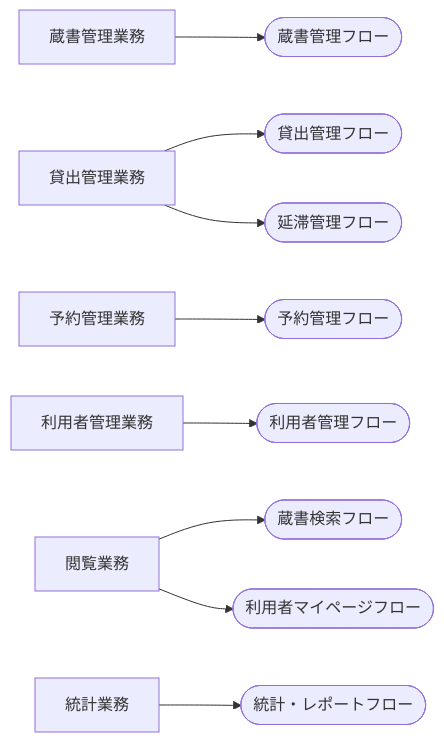
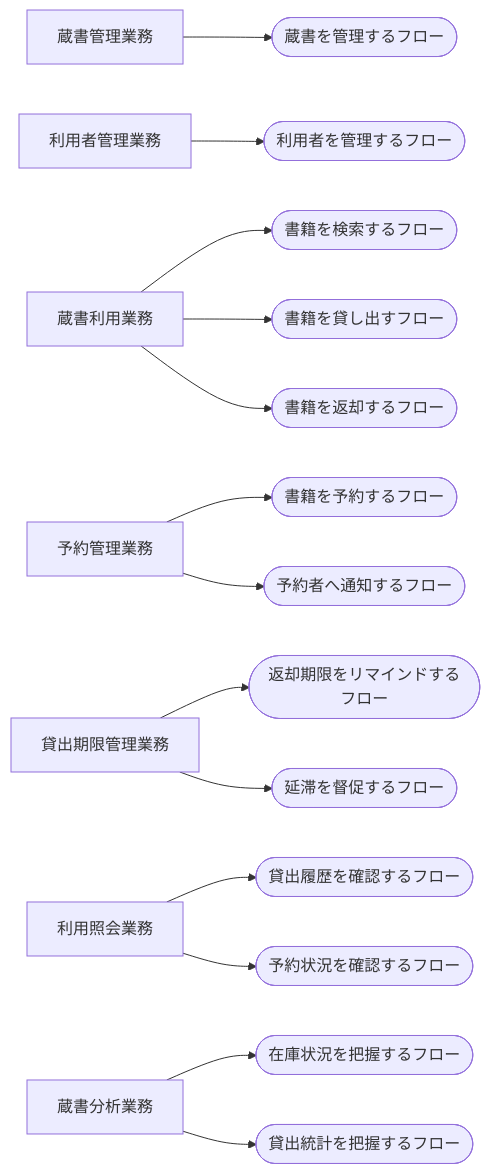
The diagram in samples/distillery/pipeline/rdra/latest/views/02_業務構成.md (suwa-sh/suwa-sh-claude-plugins), drawn with Mermaid before and after one commit. The commit also changed other lines of this file and 1723 other files, not shown here.

````diff
--- a/samples/distillery/pipeline/rdra/latest/views/02_業務構成.md
+++ b/samples/distillery/pipeline/rdra/latest/views/02_業務構成.md
@@ -7,25 +7,36 @@
 ```mermaid
 graph LR
   GY1["蔵書管理業務"]
-  BC1(["蔵書管理フロー"])
-  GY2["貸出管理業務"]
-  BC2(["貸出管理フロー"])
-  BC3(["延滞管理フロー"])
-  GY3["予約管理業務"]
-  BC4(["予約管理フロー"])
-  GY4["利用者管理業務"]
-  BC5(["利用者管理フロー"])
-  GY5["閲覧業務"]
-  BC6(["蔵書検索フロー"])
-  BC7(["利用者マイページフロー"])
-  GY6["統計業務"]
-  BC8(["統計・レポートフロー"])
+  BC1(["蔵書を管理するフロー"])
+  GY2["利用者管理業務"]
+  BC2(["利用者を管理するフロー"])
+  GY3["蔵書利用業務"]
+  BC3(["書籍を検索するフロー"])
+  BC4(["書籍を貸し出すフロー"])
+  BC5(["書籍を返却するフロー"])
+  GY4["予約管理業務"]
+  BC6(["書籍を予約するフロー"])
+  BC7(["予約者へ通知するフロー"])
+  GY5["貸出期限管理業務"]
+  BC8(["返却期限をリマインドするフロー"])
+  BC9(["延滞を督促するフロー"])
+  GY6["利用照会業務"]
+  BC10(["貸出履歴を確認するフロー"])
+  BC11(["予約状況を確認するフロー"])
+  GY7["蔵書分析業務"]
+  BC12(["在庫状況を把握するフロー"])
+  BC13(["貸出統計を把握するフロー"])
   GY1 --> BC1
   GY2 --> BC2
-  GY2 --> BC3
+  GY3 --> BC3
   GY3 --> BC4
-  GY4 --> BC5
-  GY5 --> BC6
-  GY5 --> BC7
-  GY6 --> BC8
+  GY3 --> BC5
+  GY4 --> BC6
+  GY4 --> BC7
+  GY5 --> BC8
+  GY5 --> BC9
+  GY6 --> BC10
+  GY6 --> BC11
+  GY7 --> BC12
+  GY7 --> BC13
 ```
````
